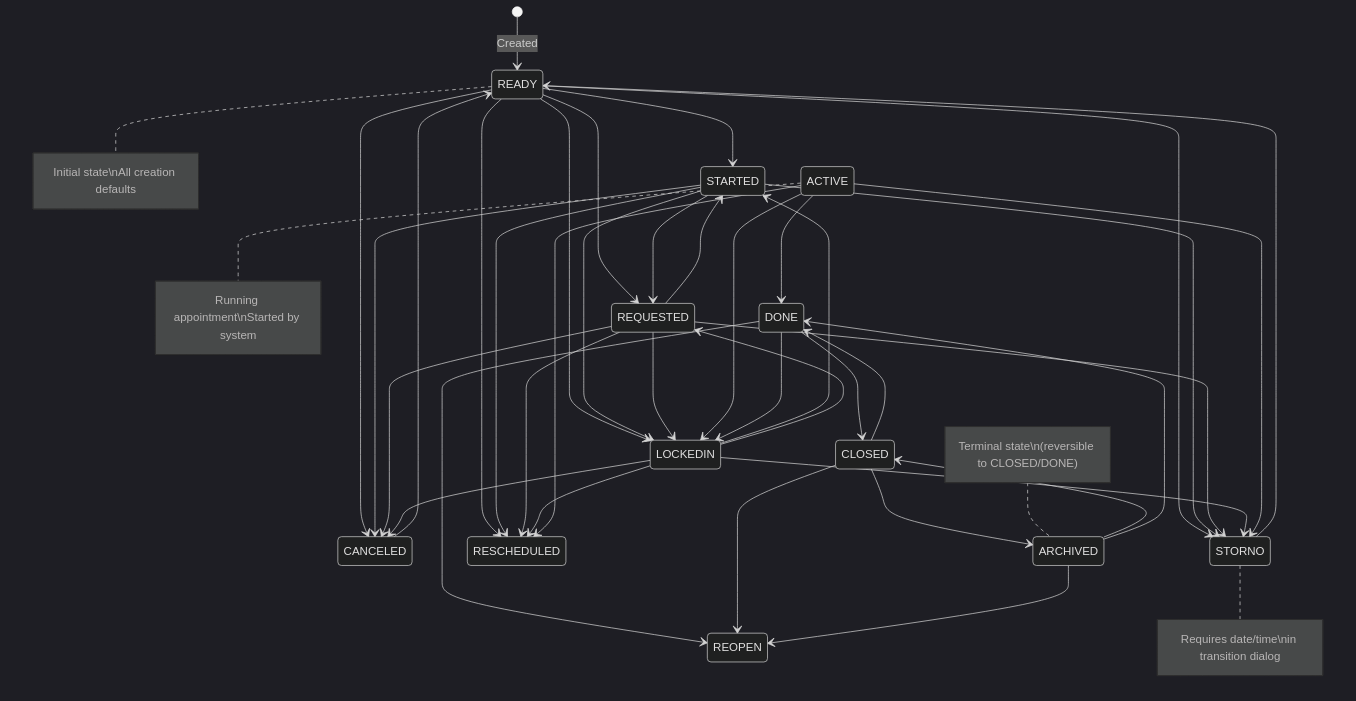
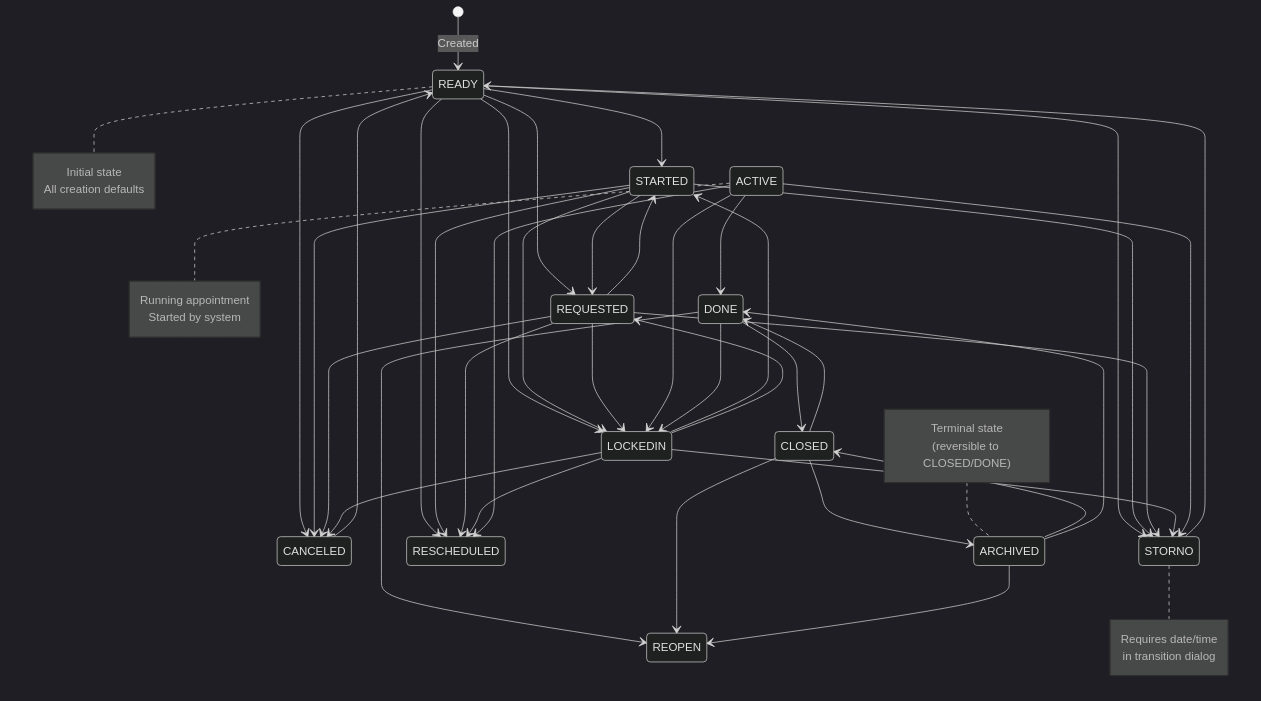
The second of 12 diagrams in specs/wireframes/planning/workflows.md (RaphaelBossek/BearStudio-start-ui-web), drawn with Mermaid (dark theme) before and after one commit. The commit also changed other lines of this file and 14 other files, not shown here.

First line of the commit message:
fix(mermaid): replace \n with <br> for proper line breaks

````diff
--- a/specs/wireframes/planning/workflows.md
+++ b/specs/wireframes/planning/workflows.md
@@ -76,54 +76,54 @@
 ```mermaid
 stateDiagram-v2
     [*] --> READY: Created
 
     READY --> STARTED
     READY --> REQUESTED
     READY --> LOCKEDIN
     READY --> CANCELED
     READY --> STORNO
     READY --> RESCHEDULED
 
     STARTED --> REQUESTED
     STARTED --> LOCKEDIN
     STARTED --> CANCELED
     STARTED --> STORNO
     STARTED --> RESCHEDULED
 
     REQUESTED --> STARTED
     REQUESTED --> LOCKEDIN
     REQUESTED --> CANCELED
     REQUESTED --> STORNO
     REQUESTED --> RESCHEDULED
 
     LOCKEDIN --> STARTED
     LOCKEDIN --> REQUESTED
     LOCKEDIN --> CANCELED
     LOCKEDIN --> STORNO
     LOCKEDIN --> RESCHEDULED
 
     ACTIVE --> DONE
     ACTIVE --> LOCKEDIN
     ACTIVE --> STORNO
     ACTIVE --> RESCHEDULED
 
     DONE --> CLOSED
     DONE --> LOCKEDIN
     DONE --> REOPEN
 
     CLOSED --> ARCHIVED
     CLOSED --> DONE
     CLOSED --> REOPEN
 
     ARCHIVED --> CLOSED
     ARCHIVED --> DONE
     ARCHIVED --> REOPEN
 
     CANCELED --> READY
     STORNO --> READY
 
-    note right of READY: Initial state\nAll creation defaults
-    note right of ACTIVE: Running appointment\nStarted by system
-    note right of STORNO: Requires date/time\nin transition dialog
-    note left of ARCHIVED: Terminal state\n(reversible to CLOSED/DONE)
+    note right of READY: Initial state<br>All creation defaults
+    note right of ACTIVE: Running appointment<br>Started by system
+    note right of STORNO: Requires date/time<br>in transition dialog
+    note left of ARCHIVED: Terminal state<br>(reversible to CLOSED/DONE)
 ```
````
